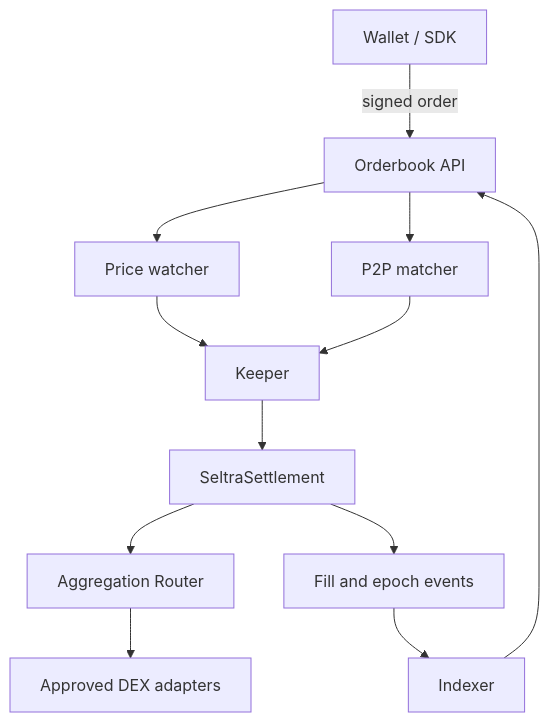
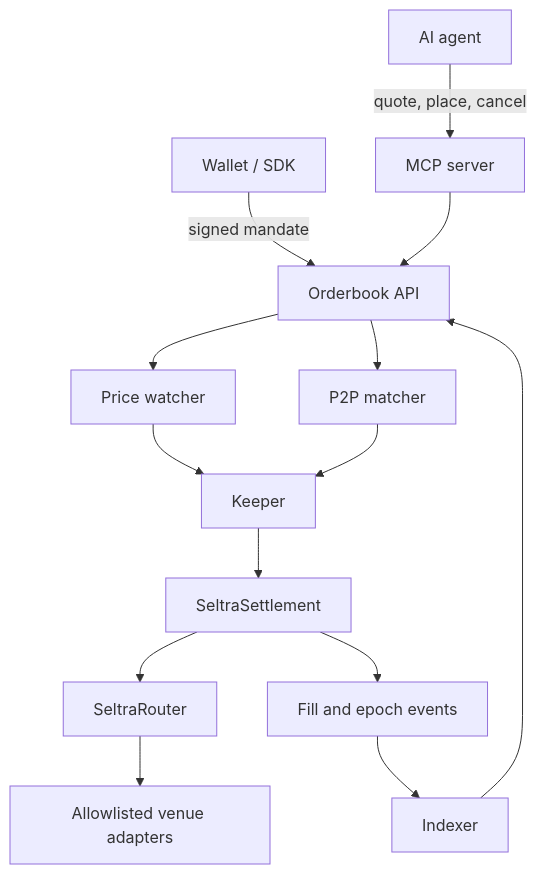
One commit to zadworny/Limit-Order-Frontend changed the diagram in content/docs/build-with-seltra/index.md. Above: the diagram before and after it, drawn with Mermaid. The commit also changed other lines of this file and 47 other files, not shown here.

````diff
--- a/content/docs/build-with-seltra/index.md
+++ b/content/docs/build-with-seltra/index.md
@@ -15,14 +15,16 @@
 ```mermaid
 flowchart TB
-    Wallet[Wallet / SDK] -->|signed order| API[Orderbook API]
+    Wallet[Wallet / SDK] -->|signed mandate| API[Orderbook API]
+    Agent[AI agent] -->|quote, place, cancel| MCP[MCP server]
+    MCP --> API
     API --> Watcher[Price watcher]
     API --> Matcher[P2P matcher]
     Watcher --> Keeper
     Matcher --> Keeper
     Keeper --> Settlement[SeltraSettlement]
-    Settlement --> Router[Aggregation Router]
-    Router --> Adapters[Approved DEX adapters]
+    Settlement --> Router[SeltraRouter]
+    Router --> Adapters[Allowlisted venue adapters]
     Settlement --> Events[Fill and epoch events]
     Events --> Indexer
     Indexer --> API
 ```
````
